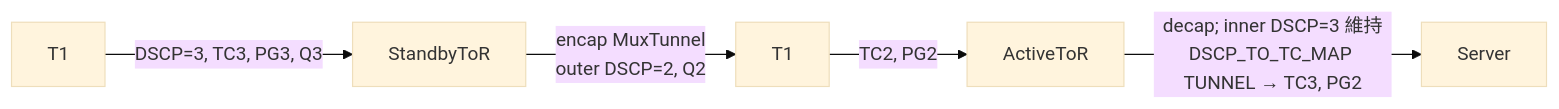
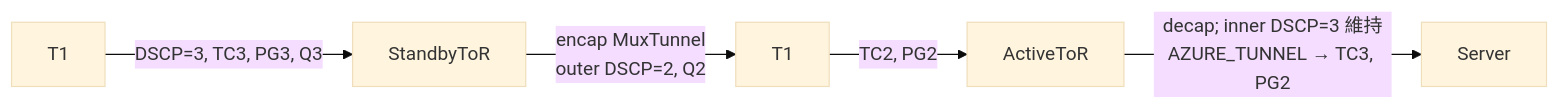
One commit to aoki-taquan/sonic-unofficial-docs changed the first of 2 diagrams in docs/overlay/dscp-remapping-for-tunnel-traffic.md. Above: the diagram before and after it, drawn with Mermaid (base theme). The commit also changed other lines of this file and 4 other files, not shown here.

````diff
--- a/docs/overlay/dscp-remapping-for-tunnel-traffic.md
+++ b/docs/overlay/dscp-remapping-for-tunnel-traffic.md
@@ -42,7 +40,7 @@
 ```mermaid
 flowchart LR
     T1 -->|DSCP=3, TC3, PG3, Q3| StandbyToR
-    StandbyToR -->|encap MuxTunnel\nouter DSCP=2, Q2| T1b[T1]
+    StandbyToR -->|encap MuxTunnel<br/>outer DSCP=2, Q2| T1b[T1]
     T1b -->|TC2, PG2| ActiveToR
-    ActiveToR -->|decap; inner DSCP=3 維持\nDSCP_TO_TC_MAP TUNNEL → TC3, PG2| Server
+    ActiveToR -->|decap; inner DSCP=3 維持<br/>AZURE_TUNNEL → TC3, PG2| Server
 ```
````
